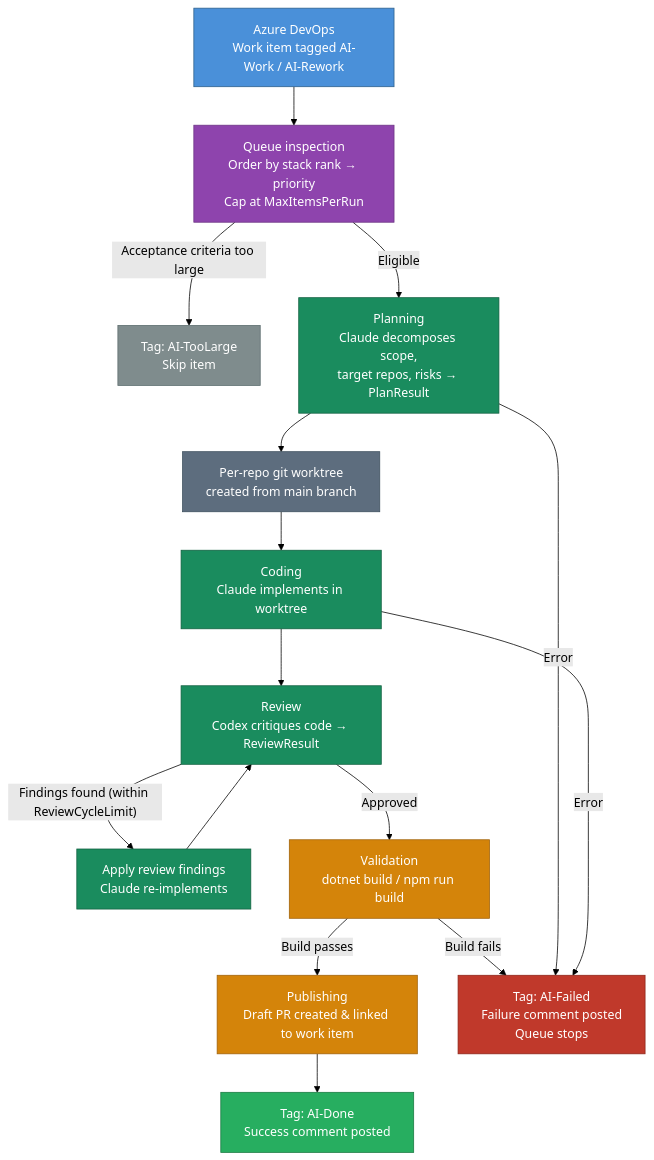
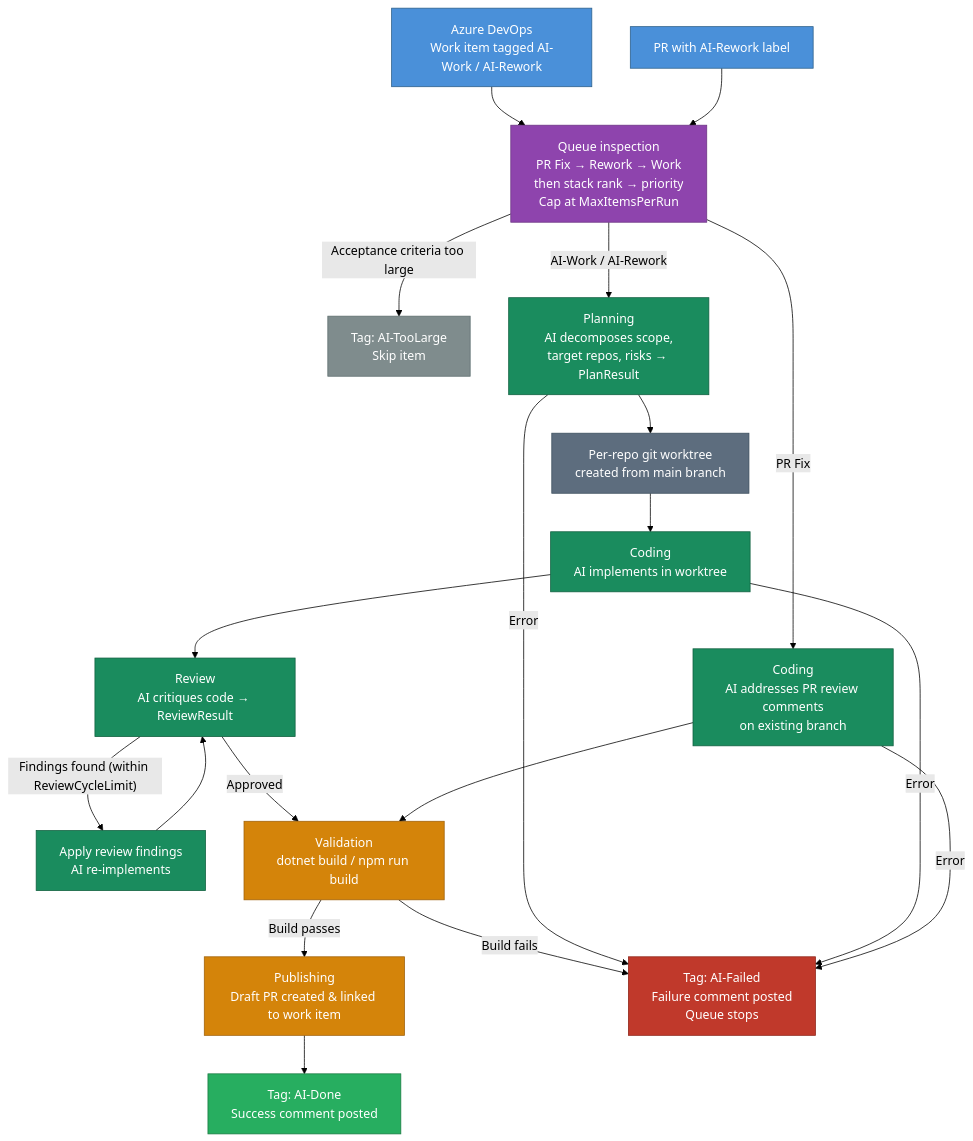
Before and after one commit to SpaceOgre/ado-autonomous-worker: the first of 2 diagrams in README.md, drawn with Mermaid (forest theme). The commit also changed other lines of this file, not shown here.

````diff
--- a/README.md
+++ b/README.md
@@ -19,49 +17,55 @@
 ```mermaid
 flowchart TD
     classDef ado     fill:#4A90D9,stroke:#2C5F8A,color:#fff
     classDef queue   fill:#8E44AD,stroke:#6C3483,color:#fff
     classDef agent   fill:#1A8C5E,stroke:#116040,color:#fff
     classDef infra   fill:#5D6D7E,stroke:#3D4F5E,color:#fff
     classDef check   fill:#D4840A,stroke:#A0620A,color:#fff
     classDef success fill:#27AE60,stroke:#1A7A42,color:#fff
     classDef failure fill:#C0392B,stroke:#8E2418,color:#fff
     classDef skipped fill:#7F8C8D,stroke:#5D6D6E,color:#fff
 
     ADO["Azure DevOps<br/>Work item tagged AI-Work / AI-Rework"]
-    Queue["Queue inspection<br/>Order by stack rank → priority<br/>Cap at MaxItemsPerRun"]
+    PR["PR with AI-Rework label"]
+    Queue["Queue inspection<br/>PR Fix → Rework → Work<br/>then stack rank → priority<br/>Cap at MaxItemsPerRun"]
     TooLarge["Tag: AI-TooLarge<br/>Skip item"]
-    Plan["Planning<br/>Claude decomposes scope,<br/>target repos, risks → PlanResult"]
+    Plan["Planning<br/>AI decomposes scope,<br/>target repos, risks → PlanResult"]
     Worktree["Per-repo git worktree<br/>created from main branch"]
-    Code["Coding<br/>Claude implements in worktree"]
-    Review["Review<br/>Codex critiques code → ReviewResult"]
-    ApplyReview["Apply review findings<br/>Claude re-implements"]
+    Code["Coding<br/>AI implements in worktree"]
+    Review["Review<br/>AI critiques code → ReviewResult"]
+    ApplyReview["Apply review findings<br/>AI re-implements"]
+    PrFixCode["Coding<br/>AI addresses PR review comments<br/>on existing branch"]
     Validate["Validation<br/>dotnet build / npm run build"]
     Publish["Publishing<br/>Draft PR created & linked to work item"]
     Done["Tag: AI-Done<br/>Success comment posted"]
     Failed["Tag: AI-Failed<br/>Failure comment posted<br/>Queue stops"]
 
     ADO --> Queue
+    PR --> Queue
     Queue -- "Acceptance criteria too large" --> TooLarge
-    Queue -- "Eligible" --> Plan
+    Queue -- "AI-Work / AI-Rework" --> Plan
+    Queue -- "PR Fix" --> PrFixCode
     Plan --> Worktree
     Worktree --> Code
     Code --> Review
     Review -- "Findings found (within ReviewCycleLimit)" --> ApplyReview
     ApplyReview --> Review
     Review -- "Approved" --> Validate
+    PrFixCode --> Validate
     Validate -- "Build fails" --> Failed
     Validate -- "Build passes" --> Publish
     Publish --> Done
     Plan -- "Error" --> Failed
     Code -- "Error" --> Failed
+    PrFixCode -- "Error" --> Failed
 
-    class ADO ado
+    class ADO,PR ado
     class Queue queue
     class TooLarge skipped
-    class Plan,Code,Review,ApplyReview agent
+    class Plan,Code,Review,ApplyReview,PrFixCode agent
     class Worktree infra
     class Validate check
     class Publish check
     class Done success
     class Failed failure
 ```
````
